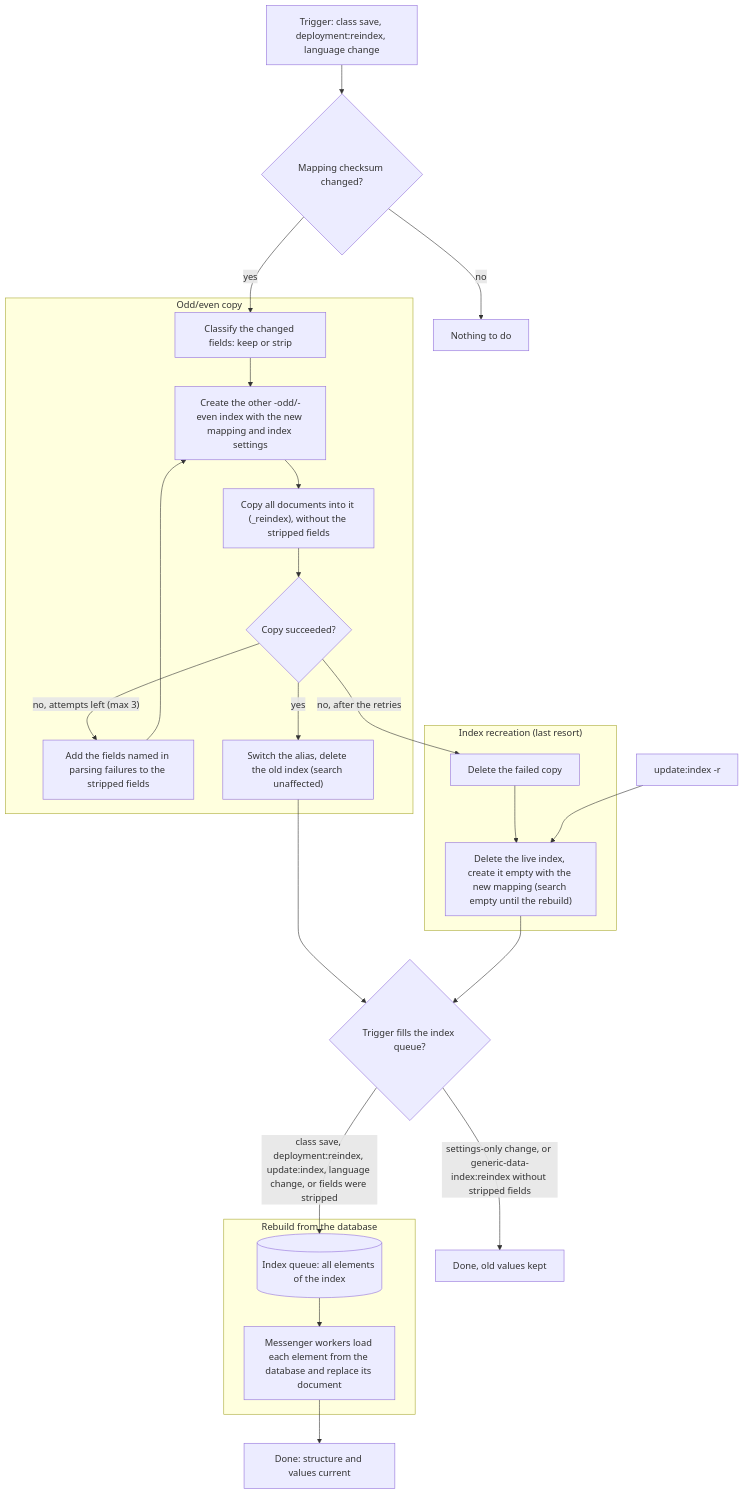
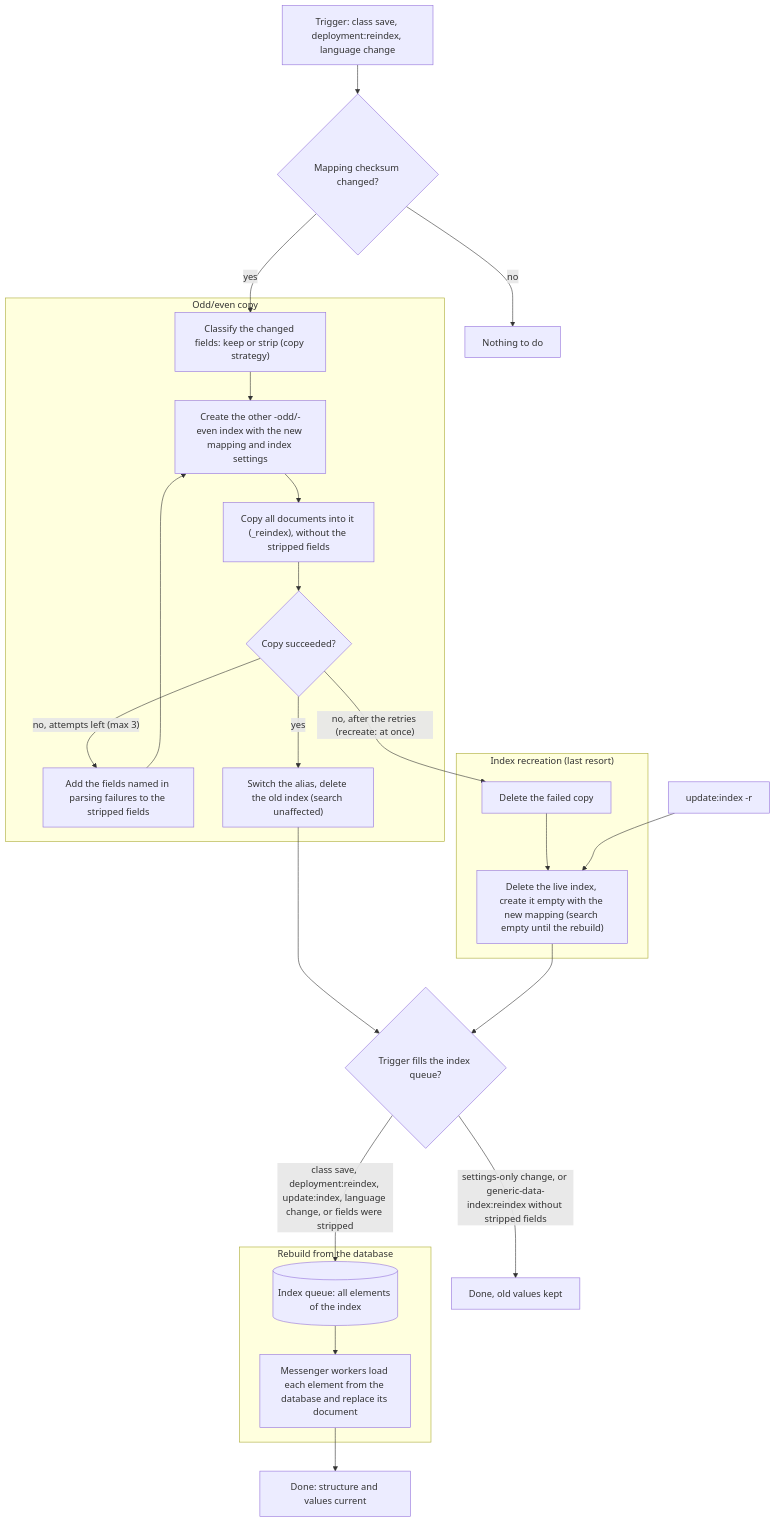
Before and after one commit to pimcore/generic-data-index-bundle: the diagram in doc/03_Reindexing/README.md, drawn with Mermaid. The commit also changed other lines of this file and 18 other files, not shown here.

````diff
--- a/doc/03_Reindexing/README.md
+++ b/doc/03_Reindexing/README.md
@@ -119,44 +129,44 @@
 ```mermaid
 flowchart TB
     T["Trigger: class save, deployment:reindex, language change"]
     C{Mapping checksum changed?}
     D0[Nothing to do]
     subgraph COPY["Odd/even copy"]
-        K["Classify the changed fields: keep or strip"]
+        K["Classify the changed fields: keep or strip (copy strategy)"]
         N["Create the other -odd/-even index with the new mapping and index settings"]
         R["Copy all documents into it (_reindex), without the stripped fields"]
         F{Copy succeeded?}
         P["Add the fields named in parsing failures to the stripped fields"]
         S["Switch the alias, delete the old index (search unaffected)"]
     end
     subgraph RECREATE["Index recreation (last resort)"]
         E1["Delete the failed copy"]
         E2["Delete the live index, create it empty with the new mapping (search empty until the rebuild)"]
     end
     X["update:index -r"]
     Q{Trigger fills the index queue?}
     D1["Done, old values kept"]
     subgraph REBUILD["Rebuild from the database"]
         QF[("Index queue: all elements of the index")]
         W["Messenger workers load each element from the database and replace its document"]
     end
     D2["Done: structure and values current"]
     T --> C
     C -->|no| D0
     C -->|yes| K
     K --> N
     N --> R
     R --> F
     F -->|yes| S
     F -->|"no, attempts left (max 3)"| P
     P --> N
-    F -->|"no, after the retries"| E1
+    F -->|"no, after the retries (recreate: at once)"| E1
     E1 --> E2
     X --> E2
     S --> Q
     E2 --> Q
     Q -->|"settings-only change, or generic-data-index:reindex without stripped fields"| D1
     Q -->|"class save, deployment:reindex, update:index, language change, or fields were stripped"| QF
     QF --> W
     W --> D2
 ```
````
